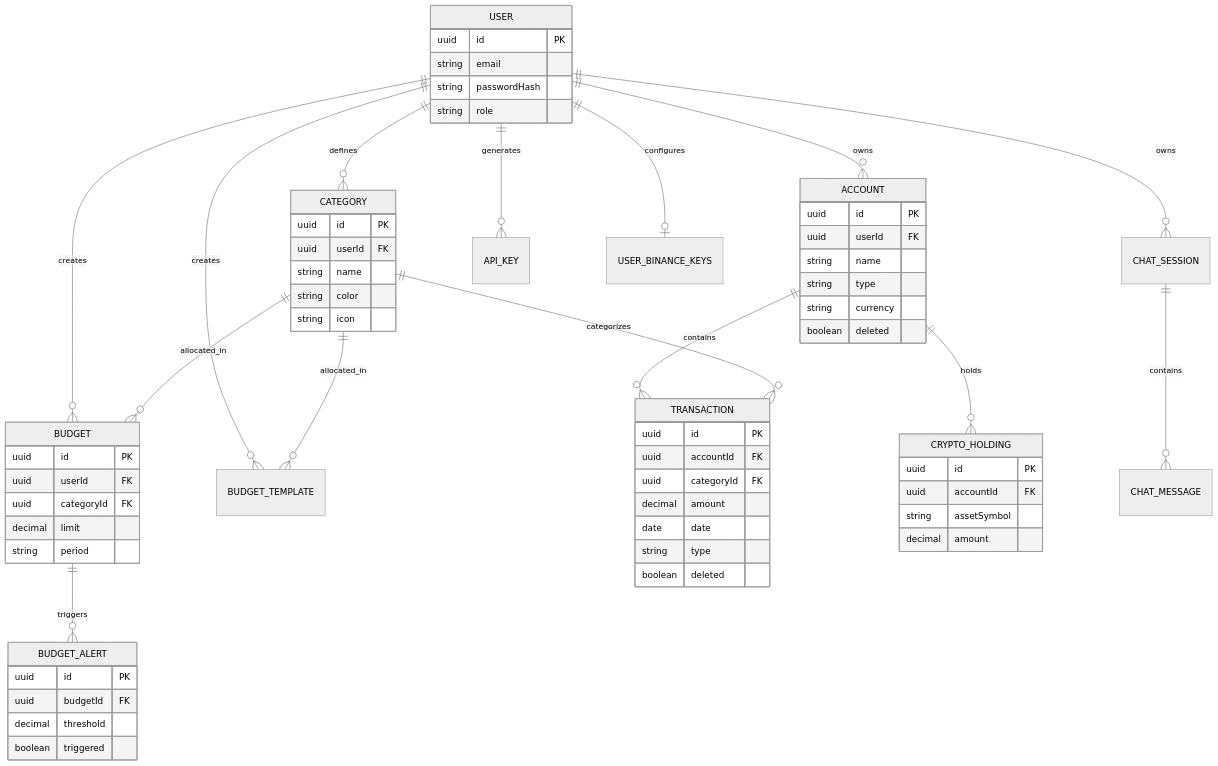
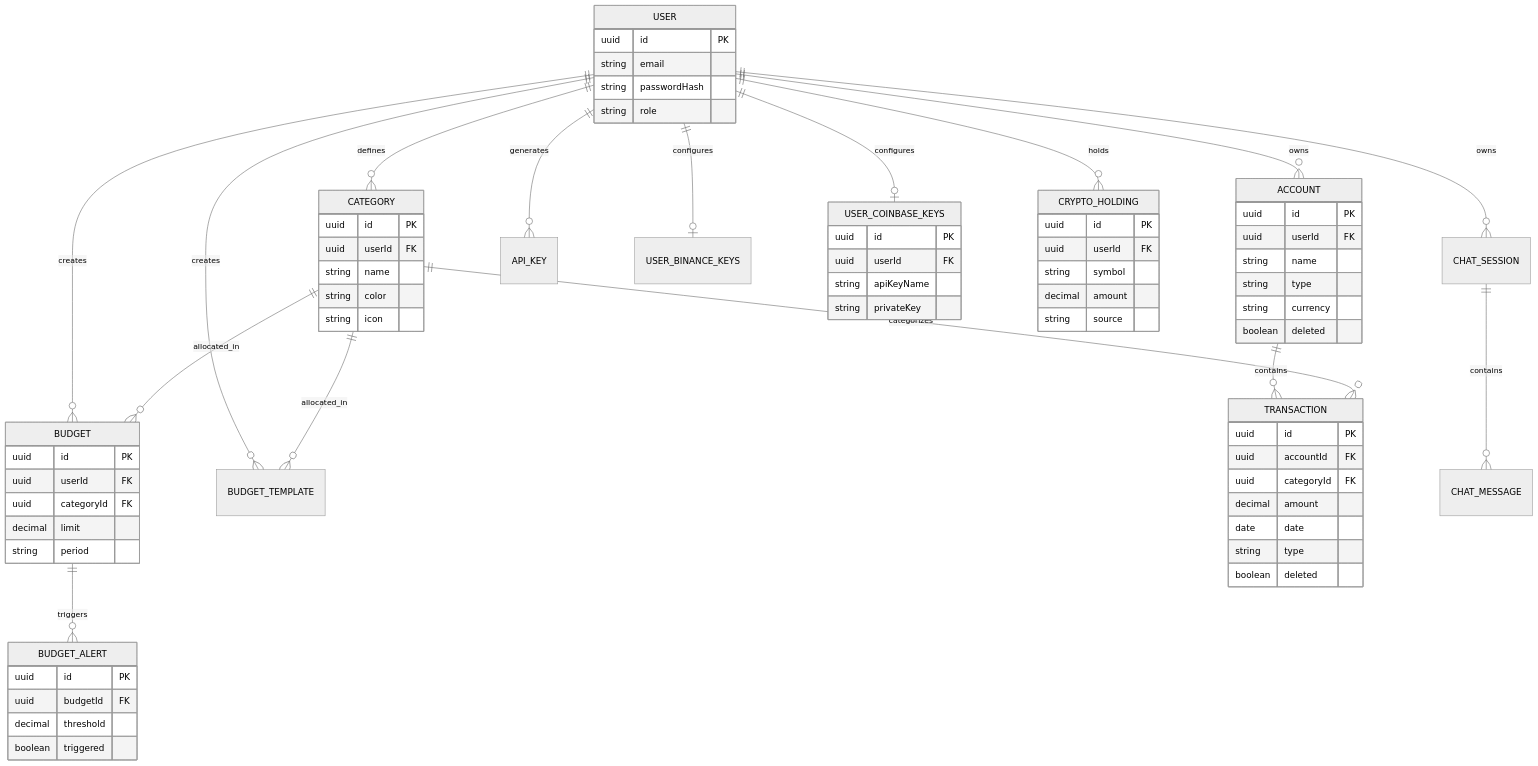
Before and after one commit to nico-iaco/nexabudget-be: the diagram in docs/DATA_MODEL.md, drawn with Mermaid (neutral theme). The commit also changed other lines of this file and 6 other files, not shown here.

Commit message:
feat: Aggiungi integrazione con Coinbase in diverse sezioni della documentazione e nel codice, inclusi API, architettura, modello dati e configurazione

````diff
--- a/docs/DATA_MODEL.md
+++ b/docs/DATA_MODEL.md
@@ -21,9 +22,10 @@
     USER ||--o{ CHAT_SESSION : owns
     USER ||--o{ API_KEY : generates
     USER ||--o| USER_BINANCE_KEYS : configures
+    USER ||--o| USER_COINBASE_KEYS : configures
 
     ACCOUNT ||--o{ TRANSACTION : contains
-    ACCOUNT ||--o{ CRYPTO_HOLDING : holds
+    USER ||--o{ CRYPTO_HOLDING : holds
     
     CATEGORY ||--o{ TRANSACTION : categorizes
     CATEGORY ||--o{ BUDGET : allocated_in
@@ -84,8 +86,16 @@
 
     CRYPTO_HOLDING {
         uuid id PK
-        uuid accountId FK
-        string assetSymbol
+        uuid userId FK
+        string symbol
         decimal amount
+        string source
+    }
+
+    USER_COINBASE_KEYS {
+        uuid id PK
+        uuid userId FK
+        string apiKeyName
+        string privateKey
     }
 ```
````
